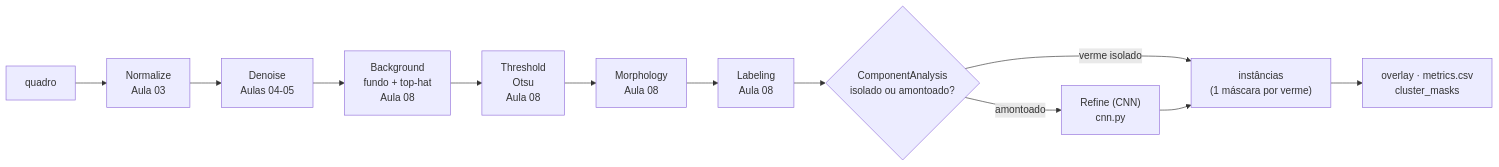
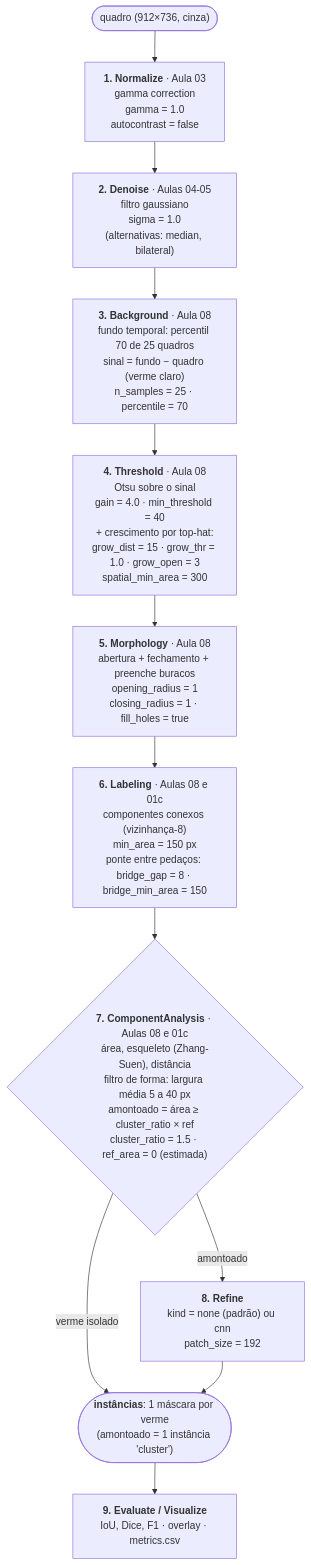
The diagram in README.md (Nixxye/PDI-C.Elegans), drawn with Mermaid before and after one commit. The commit also changed other lines of this file and 27 other files, not shown here.

````diff
--- a/README.md
+++ b/README.md
@@ -55,7 +66,15 @@
 ```mermaid
-flowchart LR
-    A["quadro"] --> B["Normalize<br/>Aula 03"] --> C["Denoise<br/>Aulas 04-05"] --> D["Background<br/>fundo + top-hat<br/>Aula 08"] --> E["Threshold<br/>Otsu<br/>Aula 08"] --> F["Morphology<br/>Aula 08"] --> G["Labeling<br/>Aula 08"] --> H{"ComponentAnalysis<br/>isolado ou amontoado?"}
-    H -- "verme isolado" --> O["instâncias<br/>(1 máscara por verme)"]
-    H -- "amontoado" --> R["Refine (CNN)<br/>cnn.py"] --> O
-    O --> S["overlay · metrics.csv<br/>cluster_masks"]
+flowchart TD
+    A(["quadro (912×736, cinza)"]) --> B
+    B["<b>1. Normalize</b> · Aula 03<br/>gamma correction<br/>gamma = 1.0<br/>autocontrast = false"]
+    B --> C["<b>2. Denoise</b> · Aulas 04-05<br/>filtro gaussiano<br/>sigma = 1.0<br/>(alternativas: median, bilateral)"]
+    C --> D["<b>3. Background</b> · Aula 08<br/>fundo temporal: percentil 70 de 25 quadros<br/>sinal = fundo − quadro (verme claro)<br/>n_samples = 25 · percentile = 70"]
+    D --> E["<b>4. Threshold</b> · Aula 08<br/>Otsu sobre o sinal<br/>gain = 4.0 · min_threshold = 40<br/>+ crescimento por top-hat:<br/>grow_dist = 15 · grow_thr = 1.0 · grow_open = 3<br/>spatial_min_area = 300"]
+    E --> F["<b>5. Morphology</b> · Aula 08<br/>abertura + fechamento + preenche buracos<br/>opening_radius = 1<br/>closing_radius = 1 · fill_holes = true"]
+    F --> G["<b>6. Labeling</b> · Aulas 08 e 01c<br/>componentes conexos (vizinhança-8)<br/>min_area = 150 px<br/>ponte entre pedaços: bridge_gap = 8 · bridge_min_area = 150"]
+    G --> H{"<b>7. ComponentAnalysis</b> · Aulas 08 e 01c<br/>área, esqueleto (Zhang-Suen), distância<br/>filtro de forma: largura média 5 a 40 px<br/>amontoado = área ≥ cluster_ratio × ref<br/>cluster_ratio = 1.5 · ref_area = 0 (estimada)"}
+    H -- "verme isolado" --> O
+    H -- "amontoado" --> R["<b>8. Refine</b><br/>kind = none (padrão) ou cnn<br/>patch_size = 192"]
+    R --> O(["<b>instâncias</b>: 1 máscara por verme<br/>(amontoado = 1 instância 'cluster')"])
+    O --> S["<b>9. Evaluate / Visualize</b><br/>IoU, Dice, F1 · overlay · metrics.csv"]
 ```
````
